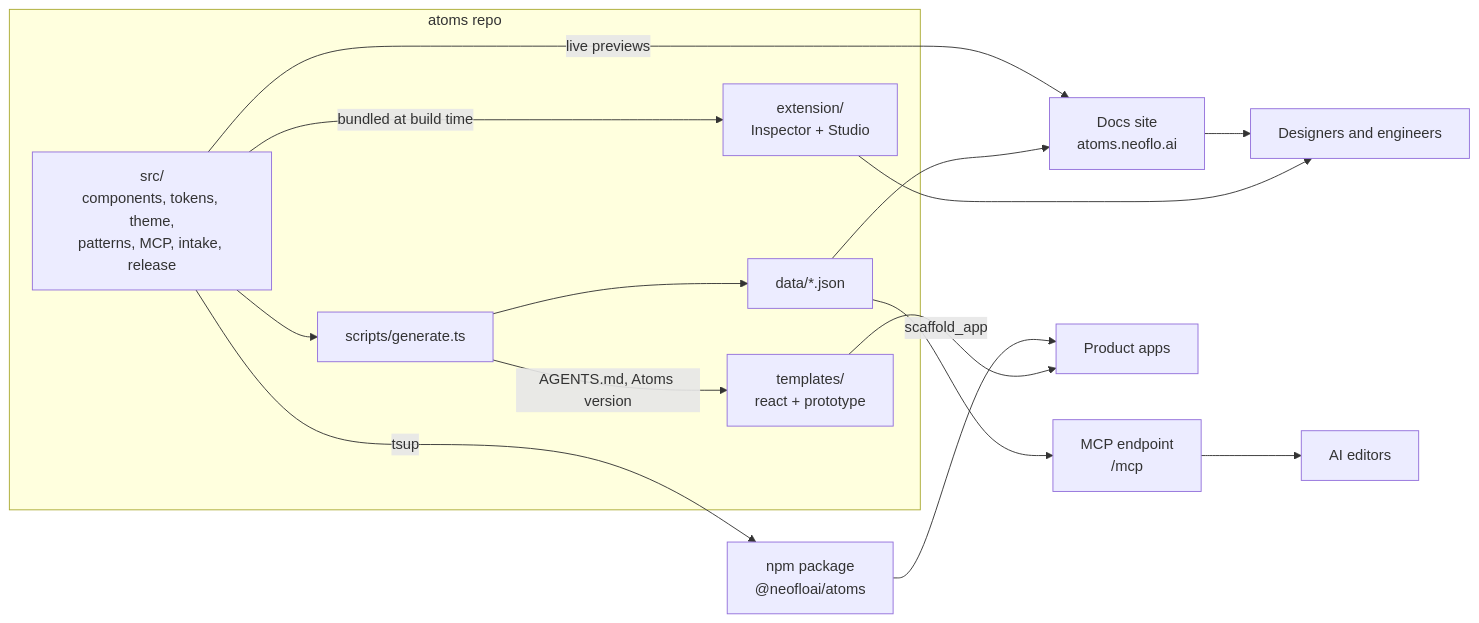
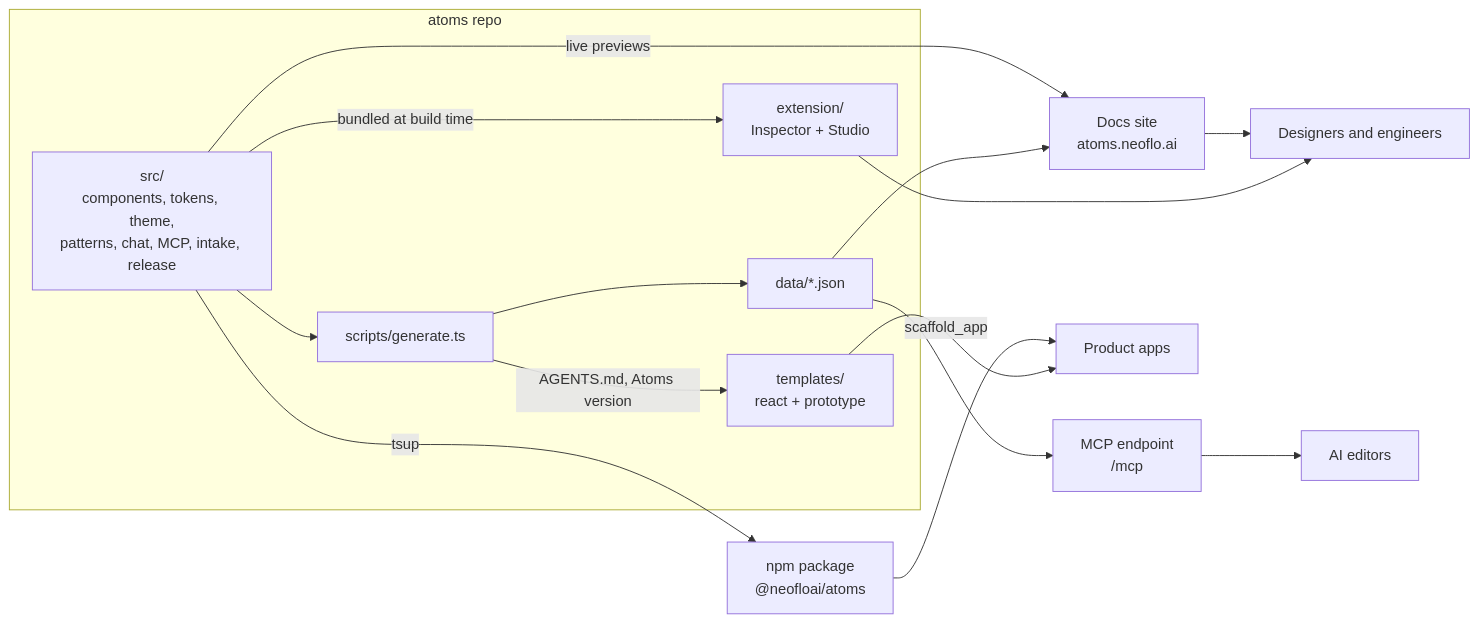
One commit to neofloai/atoms changed the first of 13 diagrams in ARCHITECTURE.md. Above: the diagram before and after it, drawn with Mermaid. The commit also changed other lines of this file and 8 other files, not shown here.

Commit message:
release: 4.3.0 — the agentic chat moves into Atoms

````diff
--- a/ARCHITECTURE.md
+++ b/ARCHITECTURE.md
@@ -44,24 +44,24 @@
 ```mermaid
 flowchart LR
   subgraph repo["atoms repo"]
-    src["src/<br/>components, tokens, theme,<br/>patterns, MCP, intake, release"]
+    src["src/<br/>components, tokens, theme,<br/>patterns, chat, MCP, intake, release"]
     gen["scripts/generate.ts"]
     json["data/*.json"]
     tpl["templates/<br/>react + prototype"]
     ext["extension/<br/>Inspector + Studio"]
   end
 
   src --> gen --> json
   gen -->|"AGENTS.md, Atoms version"| tpl
   src -->|tsup| pkg["npm package<br/>@neofloai/atoms"]
   src -->|live previews| site
   json --> site["Docs site<br/>atoms.neoflo.ai"]
   json --> mcp["MCP endpoint<br/>/mcp"]
   src -->|bundled at build time| ext
 
   pkg --> apps["Product apps"]
   tpl -->|scaffold_app| apps
   site --> people["Designers and engineers"]
   ext --> people
   mcp --> agents["AI editors"]
 ```
````
